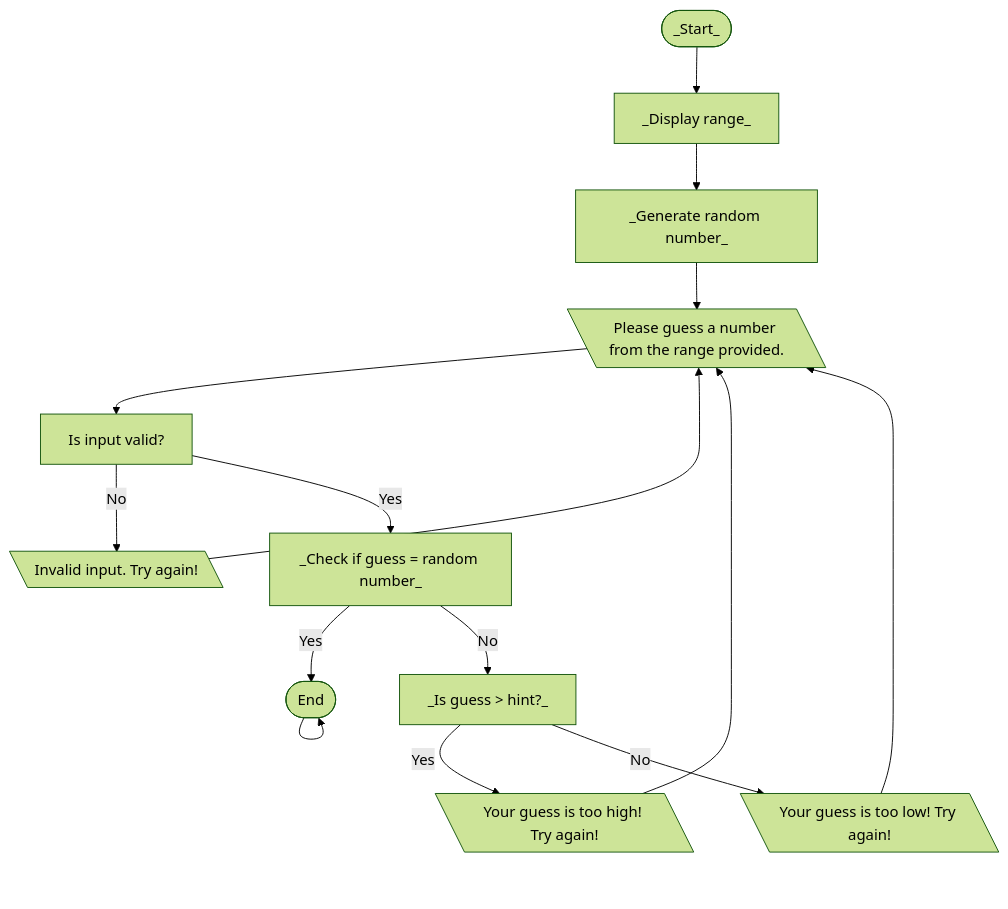
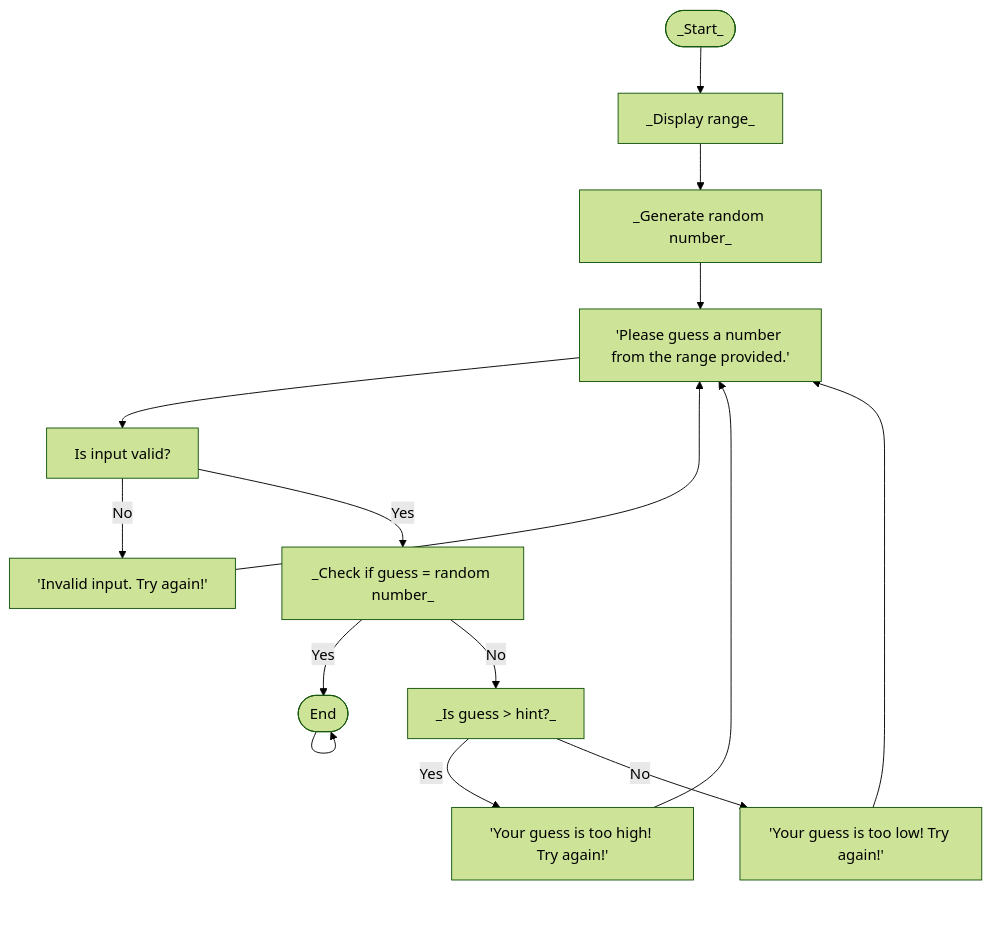
One commit to rfk-waketech/rfk-waketech.github.io changed the diagram in Guessing.md. Above: the diagram before and after it, drawn with Mermaid (forest theme).

````diff
--- a/Guessing.md
+++ b/Guessing.md
@@ -1,13 +1,13 @@
 ```mermaid
 flowchart TD
 Start([_Start_]) --> Range[_Display range_]
 Range --> Rand[_Generate random number_]
-Rand --> Input[\"Please guess a number from the range provided."\]
+Rand --> Input['Please guess a number from the range provided.']
 Input --> Valid[Is input valid?]
-Valid --> |No| Error[\"Invalid input. Try again!"\] --> Input
+Valid --> |No| Error['Invalid input. Try again!'] --> Input
 Valid --> |Yes| Check[_Check if guess = random number_]
-Check --> |Yes| End[\"You got it right! Congratulations!"\] --> End([End])
+Check --> |Yes| End['You got it right! Congratulations!'] --> End([End])
 Check --> |No| Hint[_Is guess > hint?_]
-Hint --> |Yes| High[\"Your guess is too high! Try again!"\] --> Input
-Hint --> |No| Low[\"Your guess is too low! Try again!"\] --> Input
+Hint --> |Yes| High['Your guess is too high! Try again!'] --> Input
+Hint --> |No| Low['Your guess is too low! Try again!'] --> Input
 ```
````
